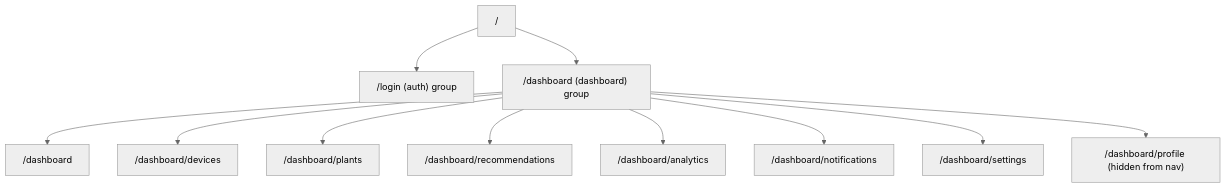
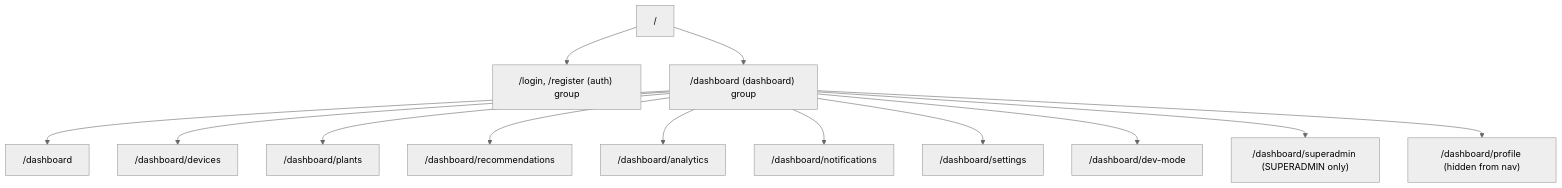
One commit to Capstone2026-E04/Subur.in changed the diagram in docs/frontend/routing.md. Above: the diagram before and after it, drawn with Mermaid (neutral theme). The commit also changed other lines of this file and 20 other files, not shown here.

````diff
--- a/docs/frontend/routing.md
+++ b/docs/frontend/routing.md
@@ -12,13 +12,15 @@
 ```mermaid
 flowchart TD
-    Root["/"] --> Login["/login (auth) group"]
+    Root["/"] --> Login["/login, /register (auth) group"]
     Root --> Dashboard["/dashboard (dashboard) group"]
     Dashboard --> Overview["/dashboard"]
     Dashboard --> Devices["/dashboard/devices"]
     Dashboard --> Plants["/dashboard/plants"]
     Dashboard --> Recommendations["/dashboard/recommendations"]
     Dashboard --> Analytics["/dashboard/analytics"]
     Dashboard --> Notifications["/dashboard/notifications"]
     Dashboard --> Settings["/dashboard/settings"]
+    Dashboard --> DevMode["/dashboard/dev-mode"]
+    Dashboard --> Superadmin["/dashboard/superadmin (SUPERADMIN only)"]
     Dashboard --> Profile["/dashboard/profile (hidden from nav)"]
 ```
````
